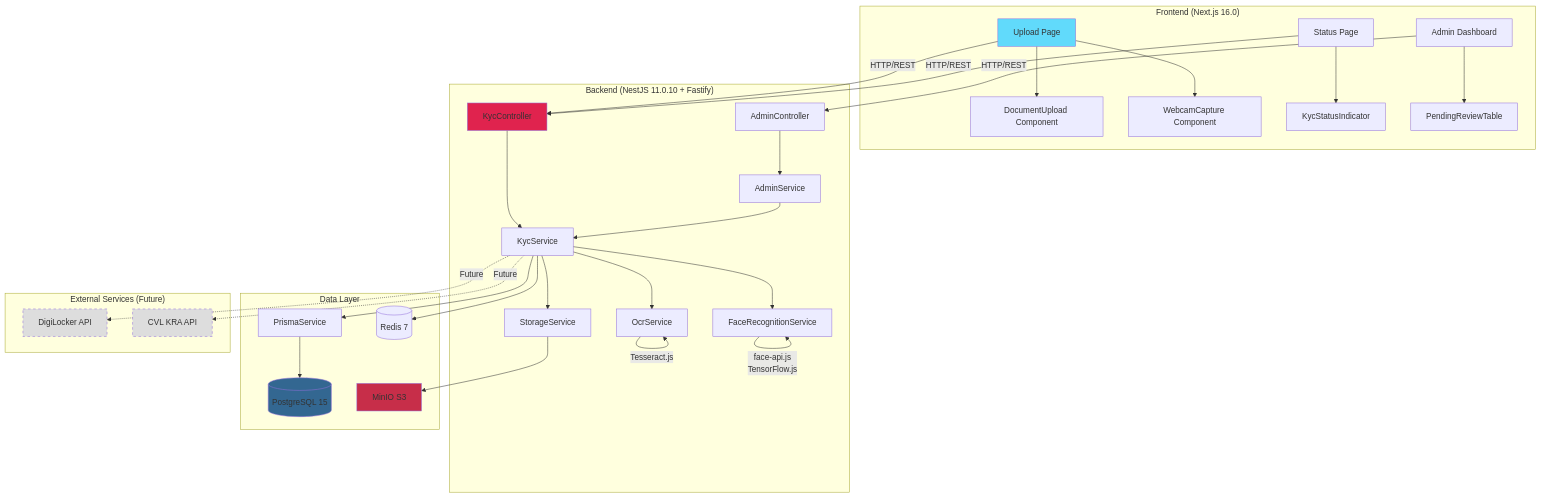
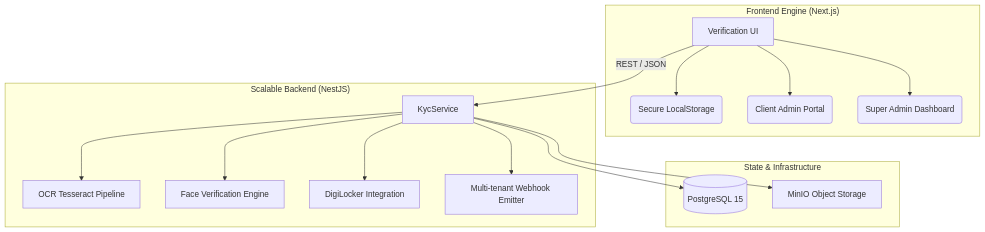
The diagram in README.md (Enxt-AI/enxtai-kyc-system), drawn with Mermaid before and after one commit. The commit also changed other lines of this file and 50 other files, not shown here.

Commit message:
chore: major schema refactor switching User and ClientUser and docs cleanup

````diff
--- a/README.md
+++ b/README.md
@@ -95,45 +16,24 @@
 ```mermaid
 graph TB
-    subgraph "Frontend (Next.js 16.0)"
-        A[Upload Page] --> B[DocumentUpload Component]
-        A --> C[WebcamCapture Component]
-        D[Status Page] --> E[KycStatusIndicator]
-        F[Admin Dashboard] --> G[PendingReviewTable]
+    subgraph "Frontend Engine (Next.js)"
+        A[Verification UI] --> B(Secure LocalStorage)
+        A --> C(Client Admin Portal)
+        A --> D(Super Admin Dashboard)
     end
 
-    subgraph "Backend (NestJS 11.0.10 + Fastify)"
-        H[KycController] --> I[KycService]
-        I --> J[StorageService]
-        I --> K[OcrService]
-        I --> L[FaceRecognitionService]
-        M[AdminController] --> N[AdminService]
-        N --> I
+    subgraph "Scalable Backend (NestJS)"
+        E[KycService] --> F[OCR Tesseract Pipeline]
+        E --> G[Face Verification Engine]
+        E --> H[DigiLocker Integration]
+        E --> I[Multi-tenant Webhook Emitter]
     end
 
-    subgraph "Data Layer"
-        O[PrismaService] --> P[(PostgreSQL 15)]
-        J --> Q[MinIO S3]
-        I --> R[(Redis 7)]
+    subgraph "State & Infrastructure"
+        J[(PostgreSQL 15)]
+        K[MinIO Object Storage]
     end
 
-    subgraph "External Services (Future)"
-        S[DigiLocker API]
-        T[CVL KRA API]
-    end
-
-    A -->|HTTP/REST| H
-    D -->|HTTP/REST| H
-    F -->|HTTP/REST| M
-    I --> O
-    K -->|Tesseract.js| K
-    L -->|face-api.js<br/>TensorFlow.js| L
-    I -.->|Future| S
-    I -.->|Future| T
-
-    style A fill:#61dafb
-    style H fill:#e0234e
-    style P fill:#336791
-    style Q fill:#C72E49
-    style S fill:#ddd,stroke-dasharray: 5 5
-    style T fill:#ddd,stroke-dasharray: 5 5
+    A -- REST / JSON --> E
+    E --> J
+    E --> K
 ```
````
